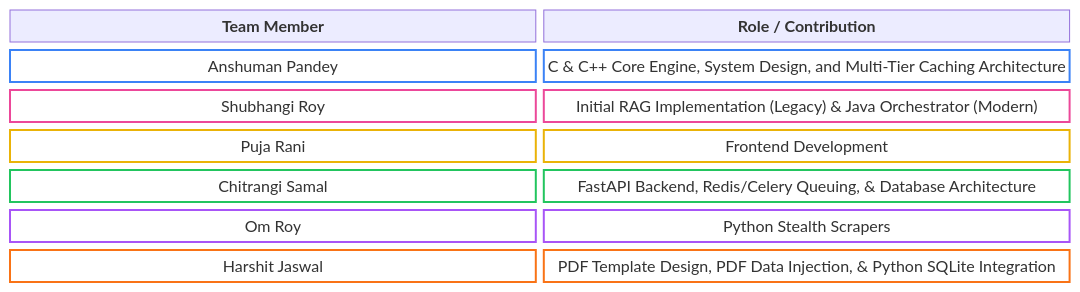
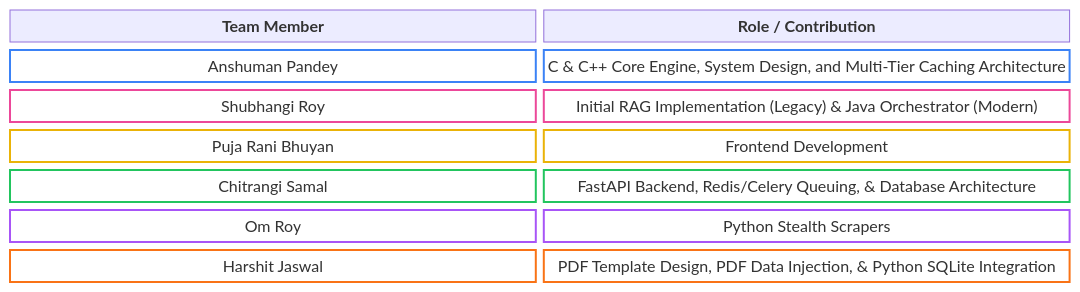
The fifth of 5 diagrams in README.md (AnshumanJ28/Alphalens), drawn with Mermaid before and after one commit. The commit also changed other lines of this file, not shown here.

````diff
--- a/README.md
+++ b/README.md
@@ -263,28 +263,28 @@
 ```mermaid
 block-beta
     columns 2
     H1["<b>Team Member</b>"] H2["<b>Role / Contribution</b>"]
     
     A1["Anshuman Pandey"] A2["C &amp; C++ Core Engine, System Design, and Multi-Tier Caching Architecture"]
     B1["Shubhangi Roy"] B2["Initial RAG Implementation (Legacy) &amp; Java Orchestrator (Modern)"]
-    C1["Puja Rani"] C2["Frontend Development"]
+    C1["Puja Rani Bhuyan"] C2["Frontend Development"]
     D1["Chitrangi Samal"] D2["FastAPI Backend, Redis/Celery Queuing, &amp; Database Architecture"]
     E1["Om Roy"] E2["Python Stealth Scrapers"]
     F1["Harshit Jaswal"] F2["PDF Template Design, PDF Data Injection, &amp; Python SQLite Integration"]
     
     space:2
 
     classDef anshuman fill:transparent,stroke:#3b82f6,stroke-width:2px
     classDef shubhangi fill:transparent,stroke:#ec4899,stroke-width:2px
     classDef puja fill:transparent,stroke:#eab308,stroke-width:2px
     classDef chitrangi fill:transparent,stroke:#22c55e,stroke-width:2px
     classDef om fill:transparent,stroke:#a855f7,stroke-width:2px
     classDef harshit fill:transparent,stroke:#f97316,stroke-width:2px
 
     class A1,A2 anshuman
     class B1,B2 shubhangi
     class C1,C2 puja
     class D1,D2 chitrangi
     class E1,E2 om
     class F1,F2 harshit
 ```
````
